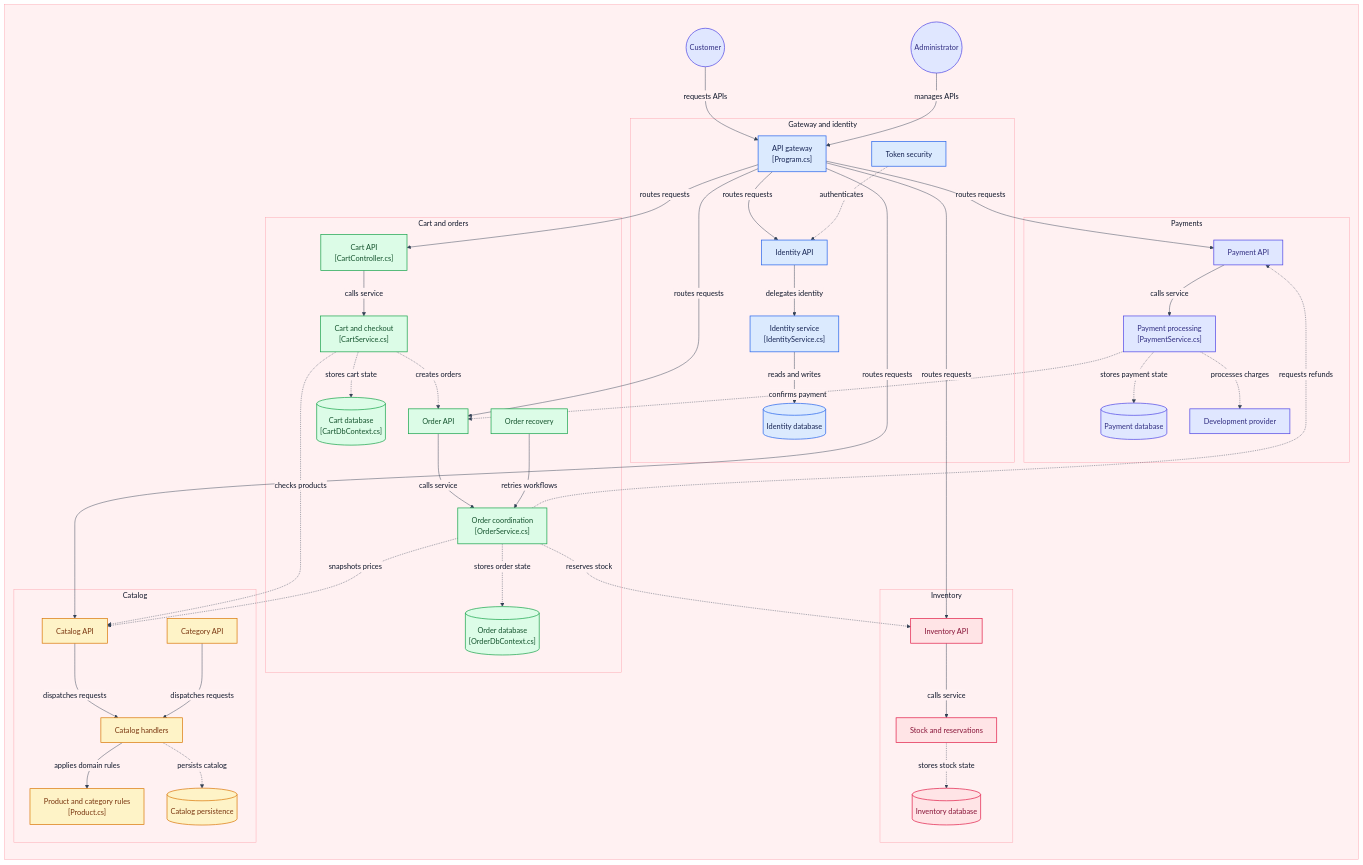
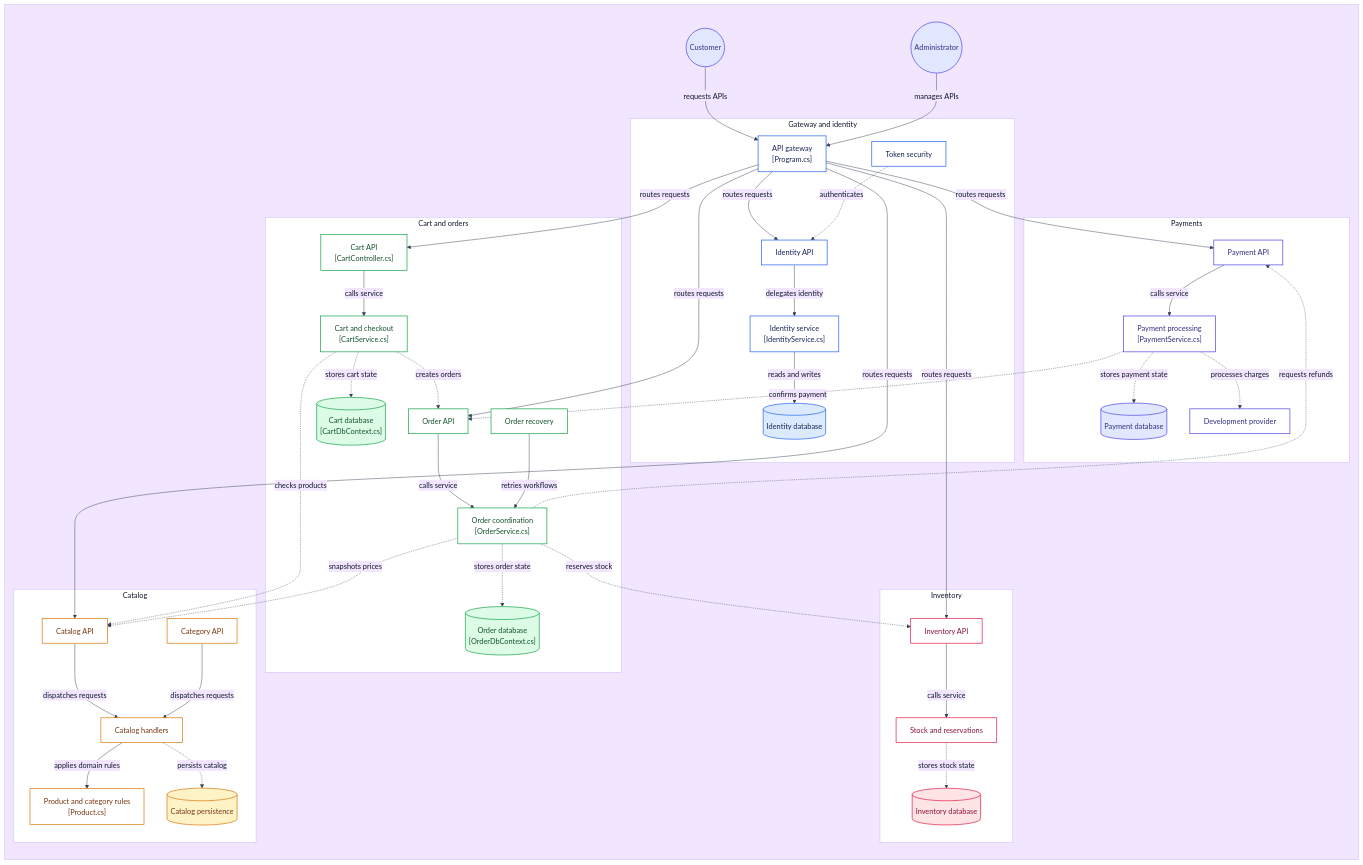
One commit to aliyavarguluzada/ECommerce changed the diagram in README.md. Above: the diagram before and after it, drawn with Mermaid.

Commit message:
Style Mermaid overview in README
Update the README Mermaid overview to use the new purple/white theme colors, adjust canvas styling, and replace the old `toneTeal` styling with a `whiteBox` class for the service nodes.

````diff
--- a/README.md
+++ b/README.md
@@ -11,15 +11,15 @@
   theme: base
   themeVariables:
     darkMode: false
-    background: '#fff1f2'
+    background: '#F2E6FF'
     primaryTextColor: '#0f172a'
     secondaryTextColor: '#0f172a'
     tertiaryTextColor: '#0f172a'
     lineColor: '#334155'
     textColor: '#0f172a'
-    clusterBkg: '#fff1f2'
-    clusterBorder: '#fda4af'
-    edgeLabelBackground: '#fff1f2'
+    clusterBkg: '#ffffff'
+    clusterBorder: '#c4b5fd'
+    edgeLabelBackground: '#F2E6FF'
 ---
 %% Generated by https://gitdiagram.com/aliyavarguluzada/ecommerce
 flowchart TD
@@ -102,7 +102,7 @@
 node_payment_service -.->|"confirms payment"| node_order_api
 
 end
-style architecture_canvas fill:#fff1f2,stroke:#fda4af,stroke-width:1px,color:#0f172a
+style architecture_canvas fill:#F2E6FF,stroke:#c4b5fd,stroke-width:1px,color:#0f172a
 
 click node_gateway "https://github.com/aliyavarguluzada/ecommerce/blob/master/ECommerce.ApiGateway/Program.cs"
 click node_identity_api "https://github.com/aliyavarguluzada/ecommerce/blob/master/ECommerce.Identity.Api/Controllers/IdentityController.cs"
@@ -141,4 +141,6 @@
 class node_cart_api,node_cart_service,node_cart_db,node_order_api,node_order_service,node_order_db,node_order_recovery toneMint
 class node_inventory_api,node_inventory_service,node_inventory_db toneRose
 class node_payment_api,node_payment_service,node_payment_db,node_payment_provider,node_customer,node_admin toneIndigo
+classDef whiteBox fill:#ffffff
+class node_gateway,node_identity_api,node_identity_service,node_security,node_catalog_api,node_category_api,node_catalog_handlers,node_catalog_domain,node_cart_api,node_cart_service,node_order_api,node_order_service,node_order_recovery,node_inventory_api,node_inventory_service,node_payment_api,node_payment_service,node_payment_provider whiteBox
 ```
````
